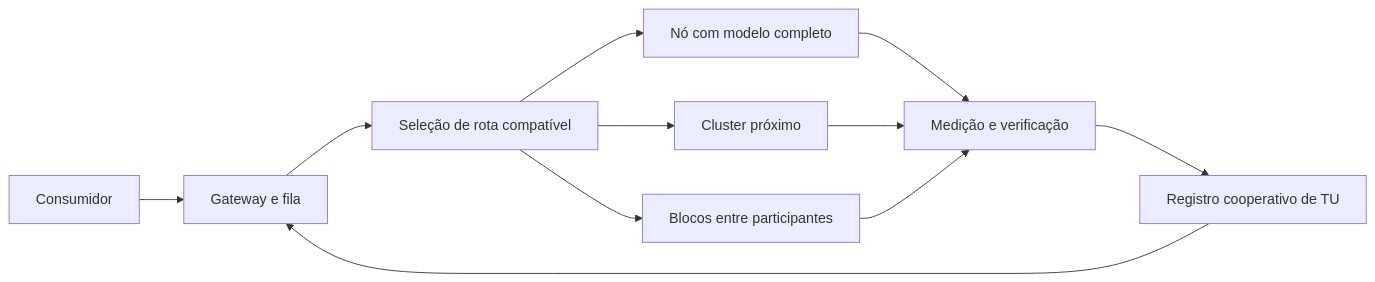
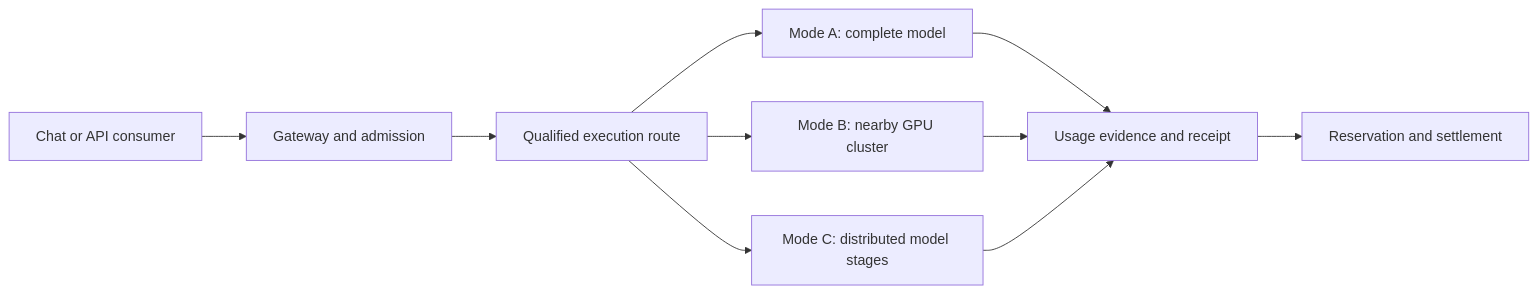
The diagram in README.md (Dev-Encrypted/Network_AI), drawn with Mermaid before and after one commit. The commit also changed other lines of this file and 59 other files, not shown here.

````diff
--- a/README.md
+++ b/README.md
@@ -52,13 +56,12 @@
 ```mermaid
 flowchart LR
-    U[Consumidor] --> G[Gateway e fila]
-    G --> P[Seleção de rota compatível]
-    P --> N[Nó com modelo completo]
-    P --> C[Cluster próximo]
-    P --> B[Blocos entre participantes]
-    N --> V[Medição e verificação]
-    C --> V
-    B --> V
-    V --> L[Registro cooperativo de TU]
-    L --> G
+    Consumer[Chat or API consumer] --> Gateway[Gateway and admission]
+    Gateway --> Route[Qualified execution route]
+    Route --> Whole[Mode A: complete model]
+    Route --> Cluster[Mode B: nearby GPU cluster]
+    Route --> Stages[Mode C: distributed model stages]
+    Whole --> Receipt[Usage evidence and receipt]
+    Cluster --> Receipt
+    Stages --> Receipt
+    Receipt --> Ledger[Reservation and settlement]
 ```
````
